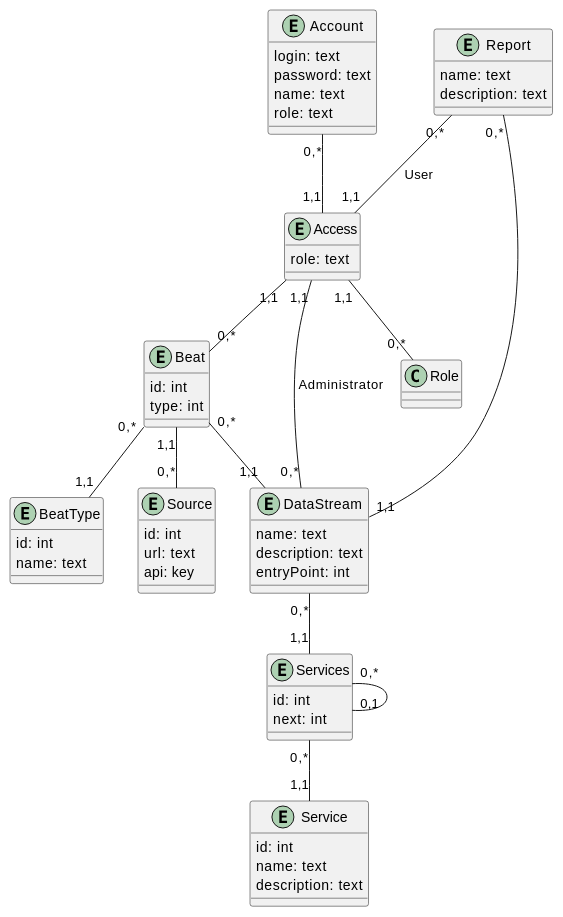
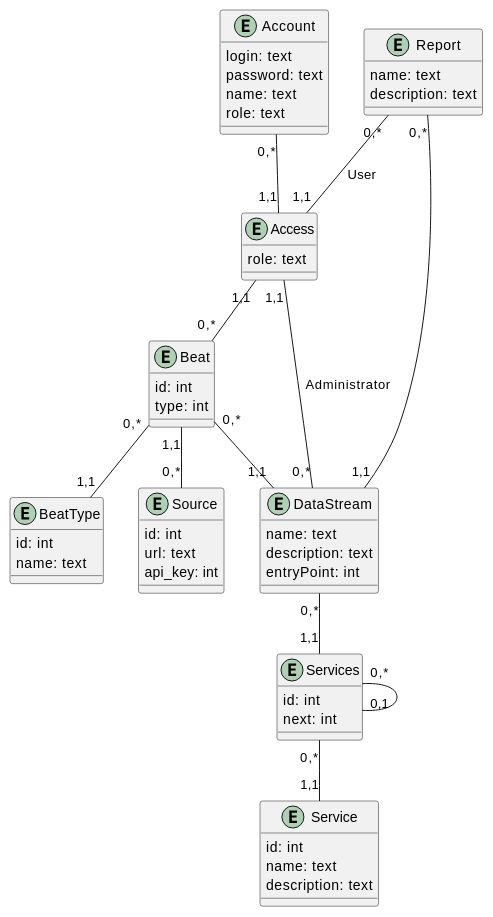
The diagram in docs/design/README.md (ukioxz/media-content-analyzing-system), drawn with PlantUML before and after one commit. The commit also changed other lines of this file and 1 other file, not shown here.

```diff
--- a/docs/design/README.md
+++ b/docs/design/README.md
@@ -1,63 +5,62 @@
 @startuml
 entity Beat {
 id: int
 type: int
 }
 
 entity BeatType {
 id: int
 name: text
 }
 
 entity Source {
 id: int
 url: text
-api: key
+api_key: int
 }
 
 entity DataStream {
 name: text
 description: text
 entryPoint: int
 }
 
 entity Report {
 name: text
 description: text
 }
 
 entity Services {
 id: int
 next: int
 }
 
 entity Service {
 id: int
 name: text
 description: text
 }
 
 entity Account {
 login: text
 password: text
 name: text
 role: text
 }
 
 entity Access {
 role: text
 }
 
 Account "0,*" -- "1,1" Access
 Access "1,1"-- "0,*" Beat
 Access "1,1" -u-  "0,*" DataStream : Administrator
-Access "1,1" -- "0,*" Role
 Access "1,1" -u- "0,*" Report : User
 Beat "1,1" -- "0,*" Source 
 Beat "0,*" -- "1,1" DataStream
 DataStream "1,1" -- "0,*" Report
 DataStream "0,*" -- "1,1" Services
 Services "0,*" -- "1,1" Service
 Services "0,*"-- "0,1" Services
 Beat "0,*" -- "1,1" BeatType
 @enduml
```
